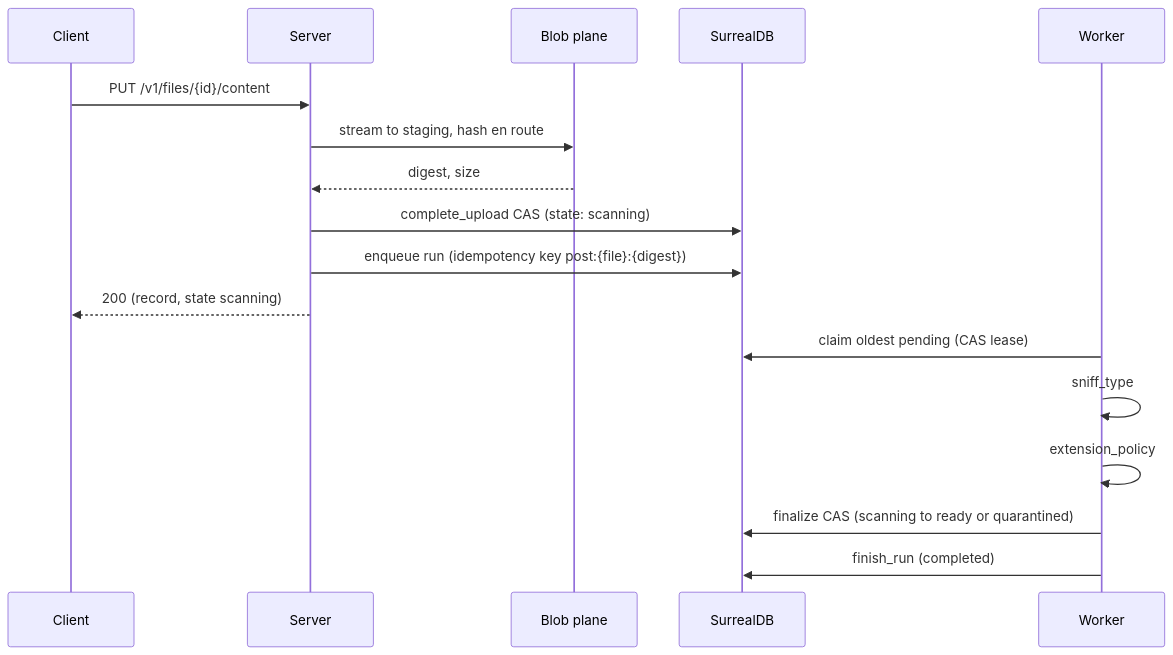
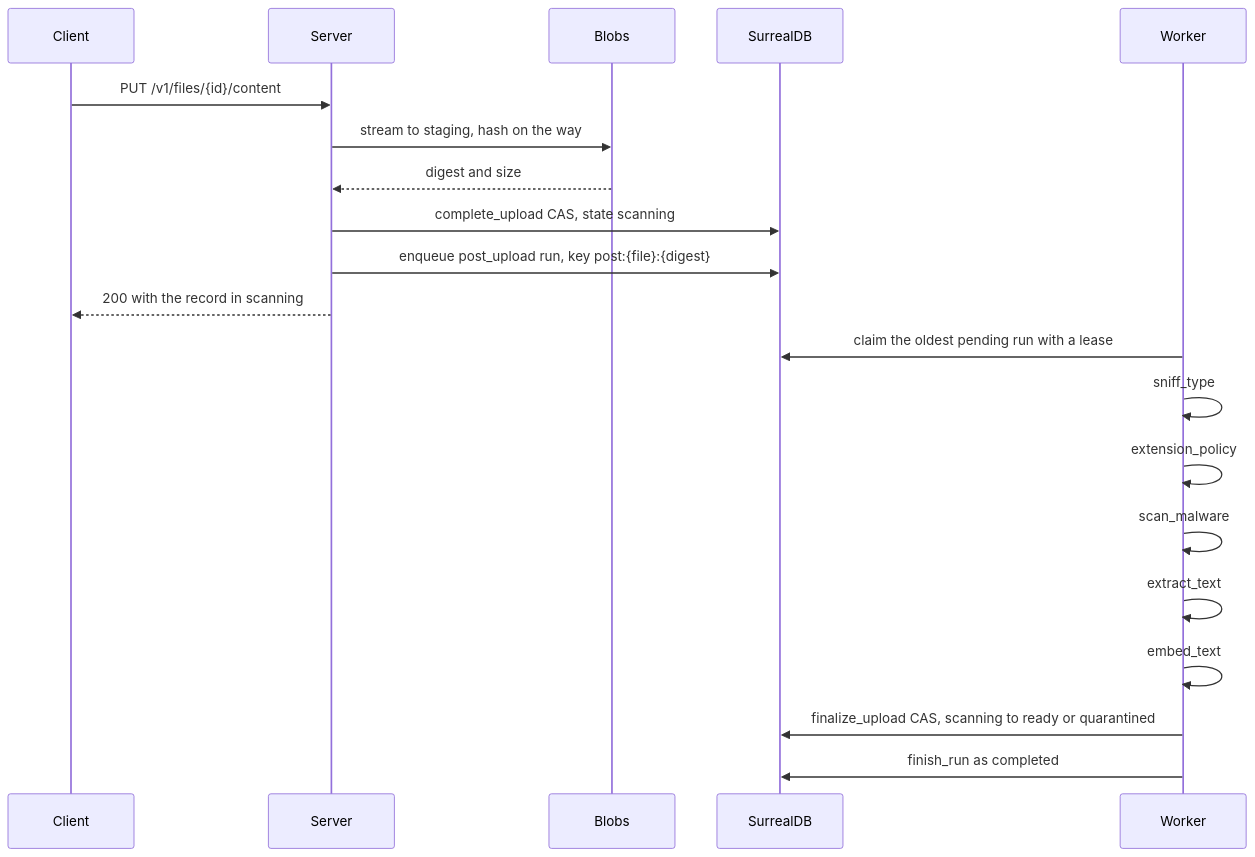
Before and after one commit to Oneiriq/copal: the diagram in docs/processing.md, drawn with Mermaid. The commit also changed other lines of this file and 33 other files, not shown here.

````diff
--- a/docs/processing.md
+++ b/docs/processing.md
@@ -16,20 +17,23 @@
 ```mermaid
 sequenceDiagram
     participant C as Client
     participant S as Server
-    participant B as Blob plane
+    participant B as Blobs
     participant D as SurrealDB
     participant W as Worker
 
     C->>S: PUT /v1/files/{id}/content
-    S->>B: stream to staging, hash en route
-    B-->>S: digest, size
-    S->>D: complete_upload CAS (state: scanning)
-    S->>D: enqueue run (idempotency key post:{file}:{digest})
-    S-->>C: 200 (record, state scanning)
-    W->>D: claim oldest pending (CAS lease)
+    S->>B: stream to staging, hash on the way
+    B-->>S: digest and size
+    S->>D: complete_upload CAS, state scanning
+    S->>D: enqueue post_upload run, key post:{file}:{digest}
+    S-->>C: 200 with the record in scanning
+    W->>D: claim the oldest pending run with a lease
     W->>W: sniff_type
     W->>W: extension_policy
-    W->>D: finalize CAS (scanning to ready or quarantined)
-    W->>D: finish_run (completed)
+    W->>W: scan_malware
+    W->>W: extract_text
+    W->>W: embed_text
+    W->>D: finalize_upload CAS, scanning to ready or quarantined
+    W->>D: finish_run as completed
 ```
````
